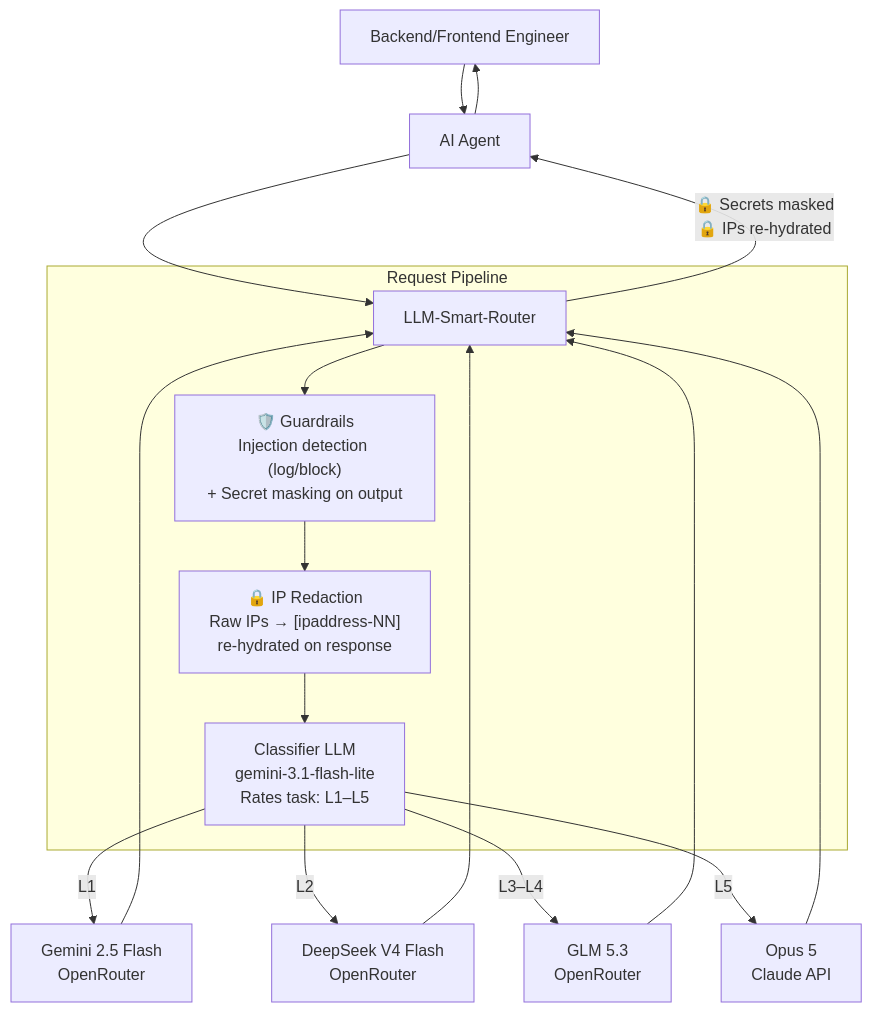
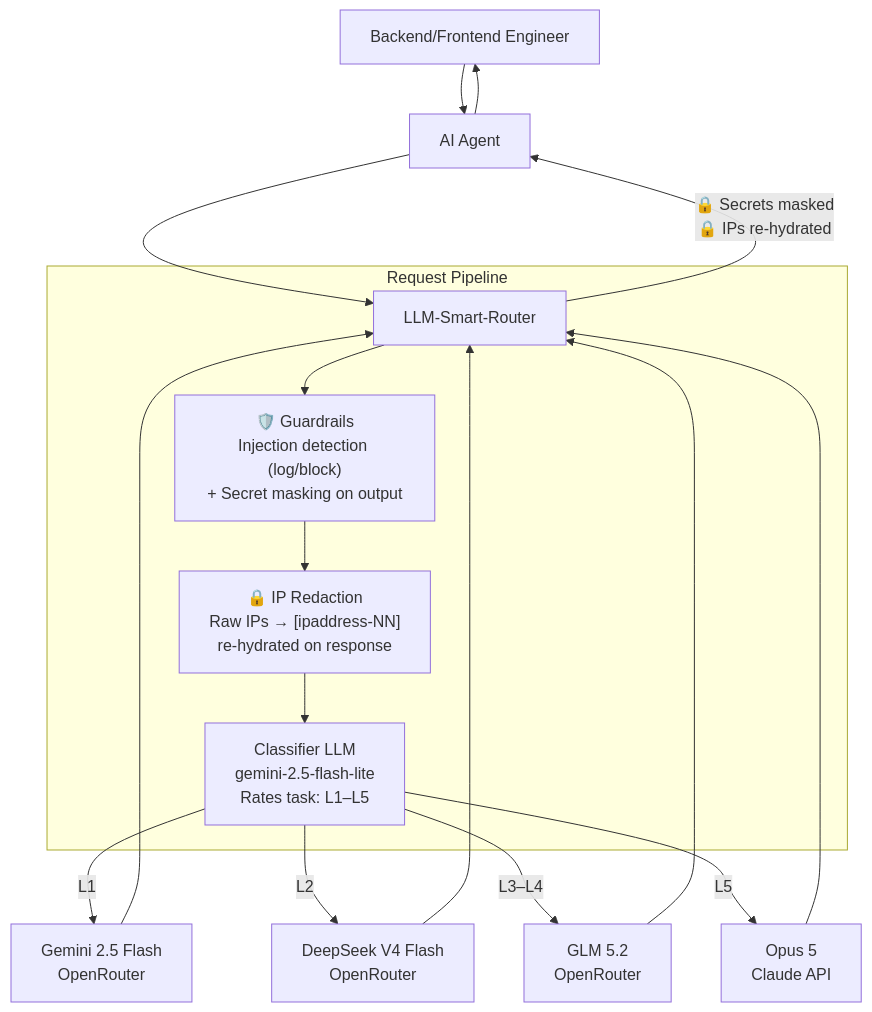
One commit to Green-Needle-Tech/llm-smart-router changed the diagram in README.md. Above: the diagram before and after it, drawn with Mermaid.

Commit message:
docs: update Mermaid chart — classifier gemini-2.5-flash-lite, L3 GLM 5.2

````diff
--- a/README.md
+++ b/README.md
@@ -110,24 +110,24 @@
 ```mermaid
 flowchart TD
     A[Backend/Frontend Engineer] --> B[AI Agent]
     B --> C[LLM-Smart-Router]
 
     subgraph Router [Request Pipeline]
         C --> P1["🛡️ Guardrails<br/>Injection detection (log/block)<br/>+ Secret masking on output"]
         P1 --> P2["🔒 IP Redaction<br/>Raw IPs → [ipaddress-NN]<br/>re-hydrated on response"]
-        P2 --> D["Classifier LLM<br/>gemini-3.1-flash-lite<br/>Rates task: L1–L5"]
+        P2 --> D["Classifier LLM<br/>gemini-2.5-flash-lite<br/>Rates task: L1–L5"]
     end
 
     D -->|L1| E[Gemini 2.5 Flash<br/>OpenRouter]
     D -->|L2| F[DeepSeek V4 Flash<br/>OpenRouter]
-    D -->|L3–L4| F2[GLM 5.3<br/>OpenRouter]
+    D -->|L3–L4| F2[GLM 5.2<br/>OpenRouter]
     D -->|L5| H[Opus 5<br/>Claude API]
 
     E --> C
     F --> C
     F2 --> C
     H --> C
 
     C -->|"🔒 Secrets masked<br/>🔒 IPs re-hydrated"| B
     B --> A
 ```
````
